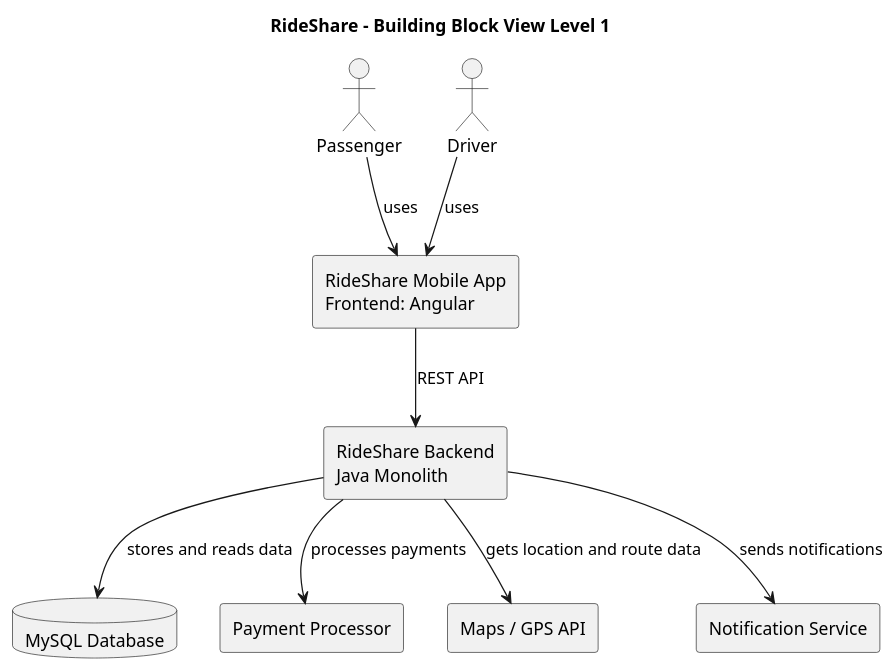
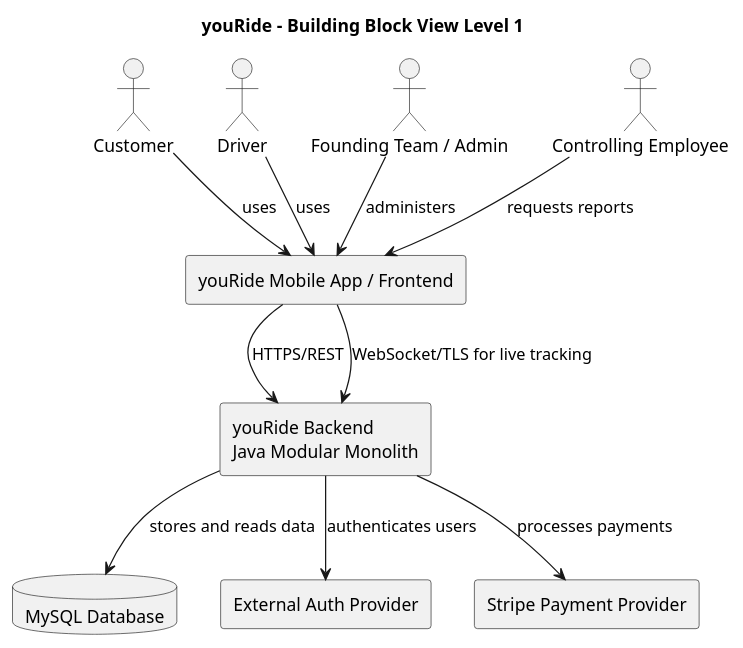
The diagram in building-blocks.puml (tarik-yilmaz/arc42-based-architecture), drawn with PlantUML before and after one commit.

Commit message:
updated building-block view as arc42 documentation

```diff
--- a/building-blocks.puml
+++ b/building-blocks.puml
@@ -1,28 +1,31 @@
 @startuml
-title RideShare - Building Block View Level 1
+title youRide - Building Block View Level 1
 
 skinparam componentStyle rectangle
 skinparam packageStyle rectangle
 
-actor Passenger
+actor Customer
 actor Driver
+actor "Founding Team / Admin" as Admin
+actor "Controlling Employee" as Controlling
 
-component "RideShare Mobile App\nFrontend: Angular" as App
-component "RideShare Backend\nJava Monolith" as Backend
+component "youRide Mobile App / Frontend" as App
+component "youRide Backend\nJava Modular Monolith" as Backend
 database "MySQL Database" as DB
 
-component "Payment Processor" as PaymentProcessor
-component "Maps / GPS API" as MapsAPI
-component "Notification Service" as NotificationService
+component "External Auth Provider" as AuthProvider
+component "Stripe Payment Provider" as Stripe
 
-Passenger --> App : uses
+Customer --> App : uses
 Driver --> App : uses
+Admin --> App : administers
+Controlling --> App : requests reports
 
-App --> Backend : REST API
+App --> Backend : HTTPS/REST
+App --> Backend : WebSocket/TLS for live tracking
 
 Backend --> DB : stores and reads data
-Backend --> PaymentProcessor : processes payments
-Backend --> MapsAPI : gets location and route data
-Backend --> NotificationService : sends notifications
+Backend --> AuthProvider : authenticates users
+Backend --> Stripe : processes payments
 
 @enduml
```
